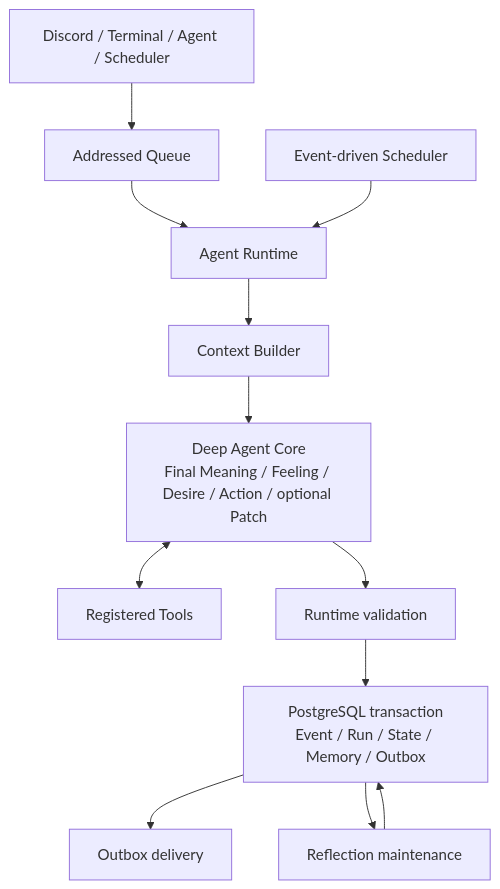
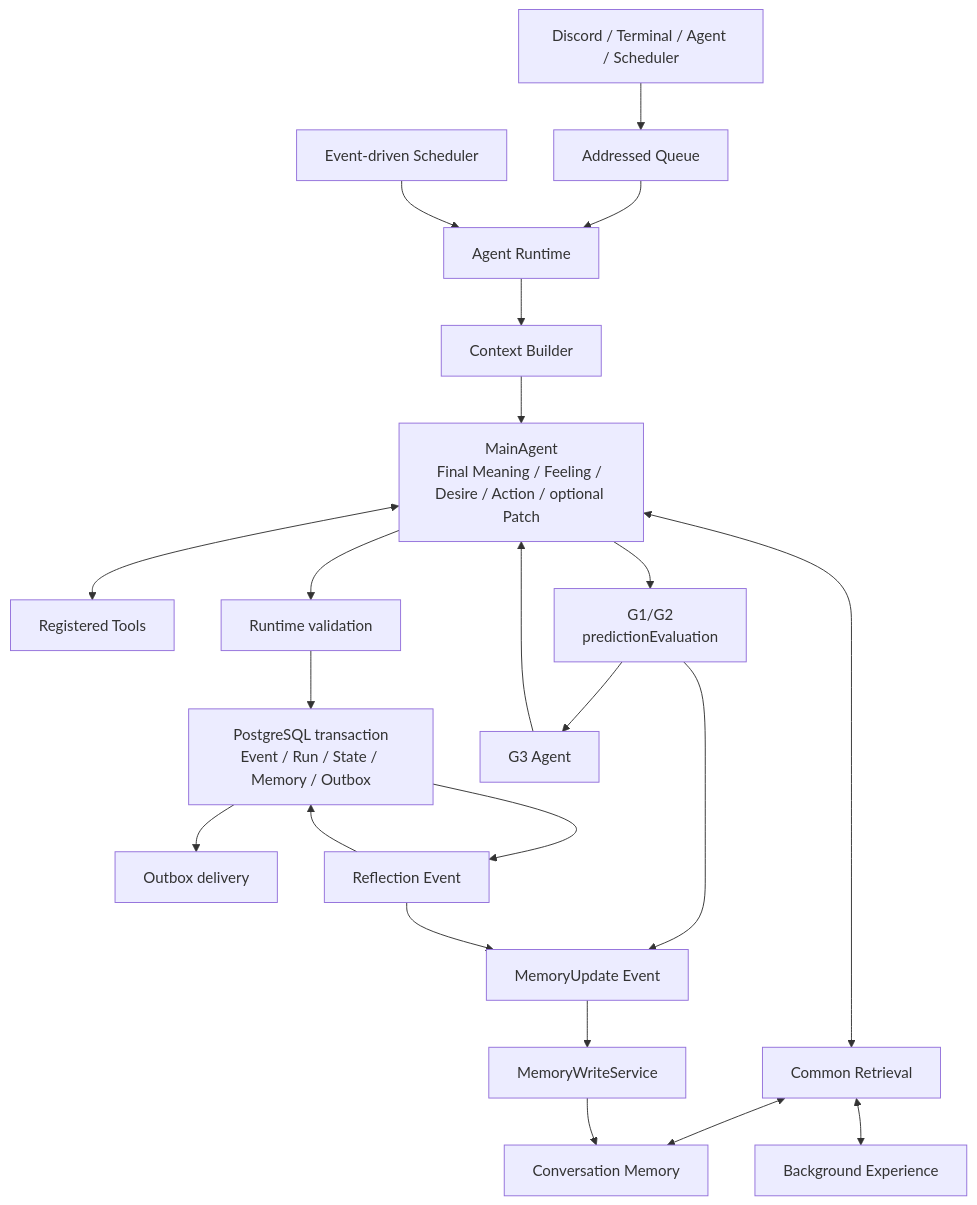
One commit to if001/social_agent changed the diagram in docs/ARCHITECTURE.md. Above: the diagram before and after it, drawn with Mermaid. The commit also changed other lines of this file and 10 other files, not shown here.

````diff
--- a/docs/ARCHITECTURE.md
+++ b/docs/ARCHITECTURE.md
@@ -45,14 +55,24 @@
 ```mermaid
 flowchart TD
   U[Discord / Terminal / Agent / Scheduler] --> Q[Addressed Queue]
   Q --> R[Agent Runtime]
   R --> C[Context Builder]
-  C --> A[Deep Agent Core<br/>Final Meaning / Feeling / Desire / Action / optional Patch]
+  C --> A[MainAgent<br/>Final Meaning / Feeling / Desire / Action / optional Patch]
   A <--> T[Registered Tools]
+  A <--> RS[Common Retrieval]
+  RS <--> M[Conversation Memory]
+  RS <--> B[Background Experience]
   A --> V[Runtime validation]
   V --> P[PostgreSQL transaction<br/>Event / Run / State / Memory / Outbox]
   P --> O[Outbox delivery]
+  A --> PE[G1/G2<br/>predictionEvaluation]
+  PE --> MU[MemoryUpdate Event]
+  MU --> MW[MemoryWriteService]
+  MW --> M
+  PE --> G3[G3 Agent]
+  G3 --> A
   S[Event-driven Scheduler] --> R
-  P --> F[Reflection maintenance]
+  P --> F[Reflection Event]
+  F --> MU
   F --> P
 ```
````
